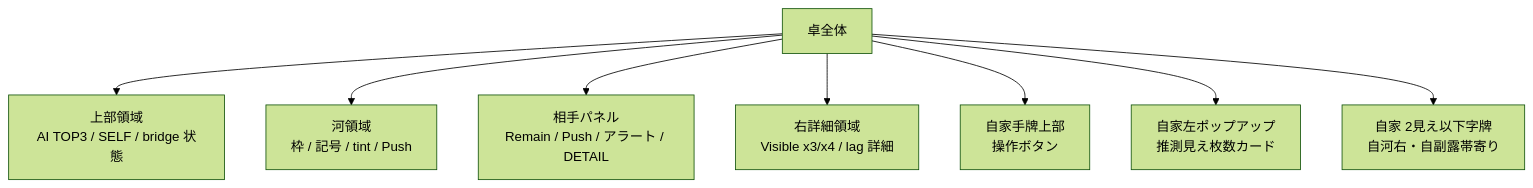
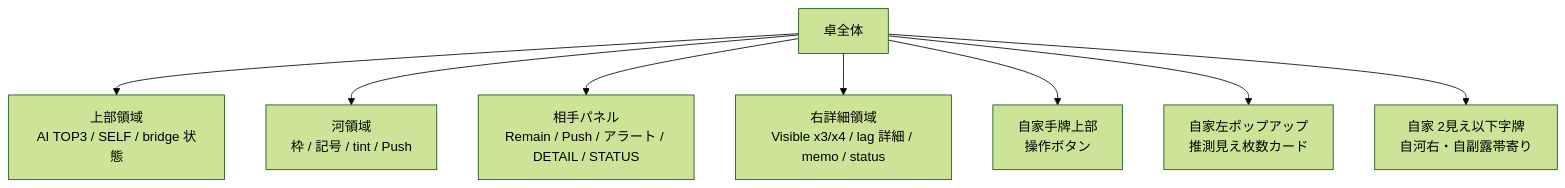
One commit to poly-tail/mahjong-reasoning-lab changed the diagram in docs/screen_specs/display_overview.md. Above: the diagram before and after it, drawn with Mermaid (forest theme). The commit also changed other lines of this file and 61 other files, not shown here.

````diff
--- a/docs/screen_specs/display_overview.md
+++ b/docs/screen_specs/display_overview.md
@@ -9,10 +9,10 @@
 ```mermaid
 flowchart TB
     BOARD["卓全体"] --> TOP["上部領域<br/>AI TOP3 / SELF / bridge 状態"]
     BOARD --> RIVER["河領域<br/>枠 / 記号 / tint / Push"]
-    BOARD --> PANELS["相手パネル<br/>Remain / Push / アラート / DETAIL"]
-    BOARD --> DETAIL["右詳細領域<br/>Visible x3/x4 / lag 詳細"]
+    BOARD --> PANELS["相手パネル<br/>Remain / Push / アラート / DETAIL / STATUS"]
+    BOARD --> DETAIL["右詳細領域<br/>Visible x3/x4 / lag 詳細 / memo / status"]
     BOARD --> ACTIONS["自家手牌上部<br/>操作ボタン"]
     BOARD --> POPUP["自家左ポップアップ<br/>推測見え枚数カード"]
     BOARD --> SHORTLIST["自家 2見え以下字牌<br/>自河右・自副露帯寄り"]
 ```
````
